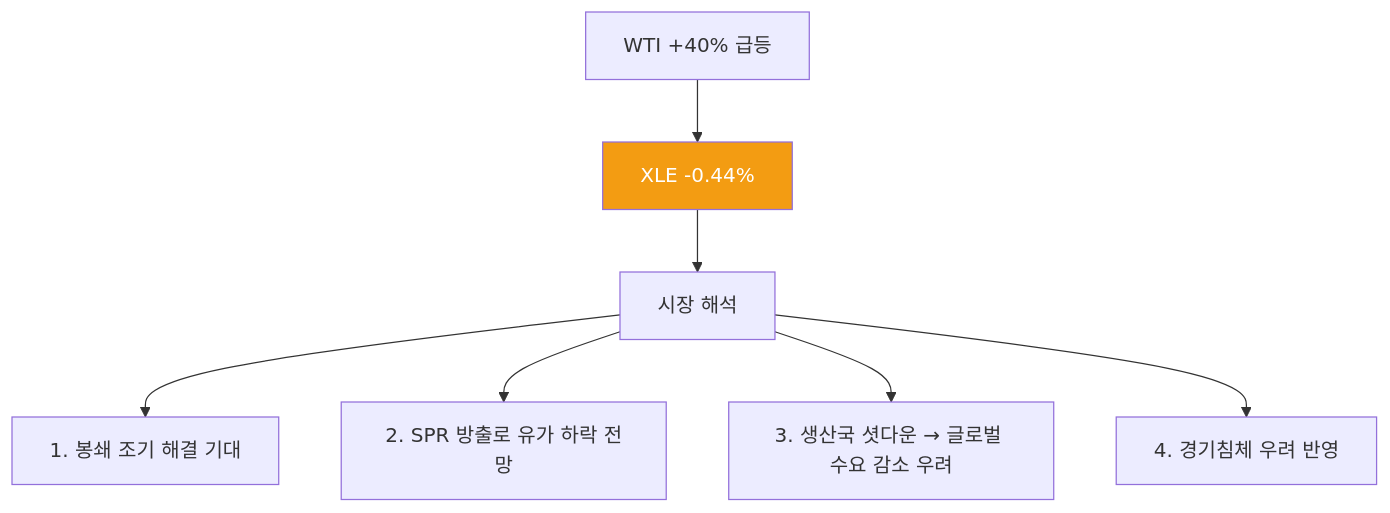
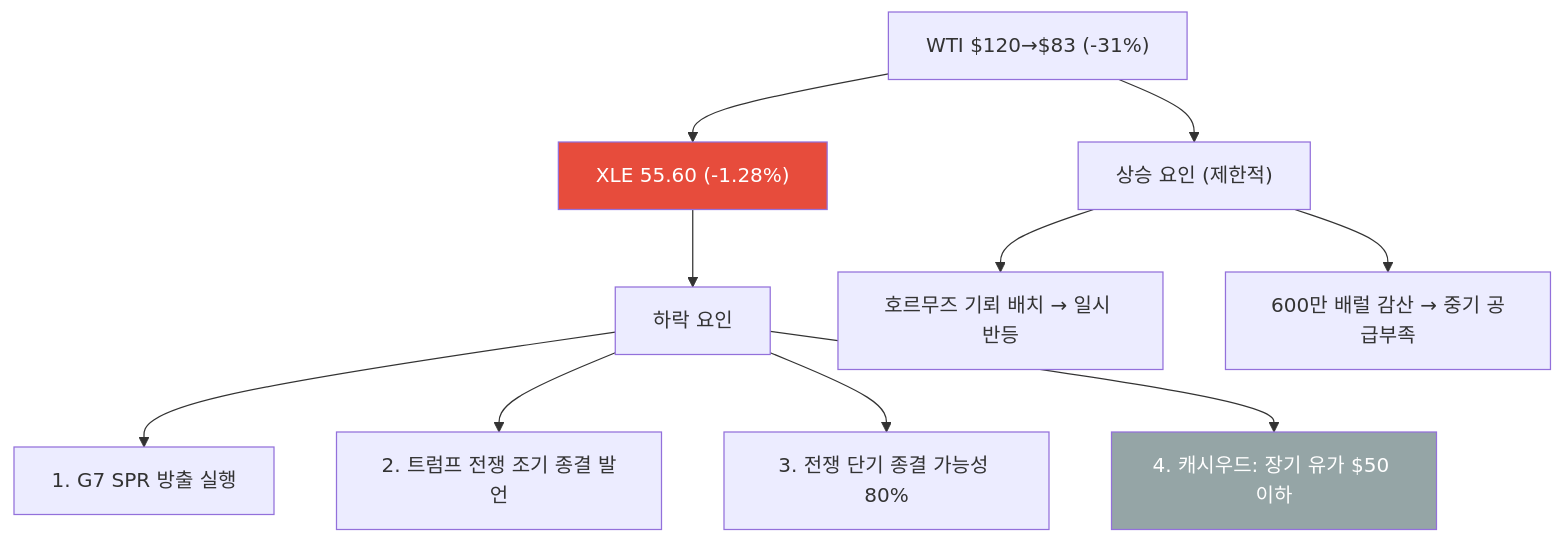
The sixth of 10 diagrams in _posts/knowledge/invest/2026-03-07-energy-sector-outlook-2026.md (dss99911/dss99911.github.io), drawn with Mermaid before and after one commit. The commit also changed other lines of this file and 6 other files, not shown here.

````diff
--- a/_posts/knowledge/invest/2026-03-07-energy-sector-outlook-2026.md
+++ b/_posts/knowledge/invest/2026-03-07-energy-sector-outlook-2026.md
@@ -201,11 +192,16 @@
 ```mermaid
 graph TD
-    A["WTI +40% 급등"] --> B["XLE -0.44%"]
-    B --> C["시장 해석"]
-    C --> D["1. 봉쇄 조기 해결 기대"]
-    C --> E["2. SPR 방출로 유가 하락 전망"]
-    C --> F["3. 생산국 셧다운 → 글로벌 수요 감소 우려"]
-    C --> G["4. 경기침체 우려 반영"]
+    A["WTI $120→$83 (-31%)"] --> B["XLE 55.60 (-1.28%)"]
+    B --> C["하락 요인"]
+    C --> D["1. G7 SPR 방출 실행"]
+    C --> E["2. 트럼프 전쟁 조기 종결 발언"]
+    C --> F["3. 전쟁 단기 종결 가능성 80%"]
+    C --> G["4. 캐시우드: 장기 유가 $50 이하"]
 
-    style B fill:#f39c12,color:#fff
+    A --> H["상승 요인 (제한적)"]
+    H --> I["호르무즈 기뢰 배치 → 일시 반등"]
+    H --> J["600만 배럴 감산 → 중기 공급부족"]
+
+    style B fill:#e74c3c,color:#fff
+    style G fill:#95a5a6,color:#fff
 ```
````
